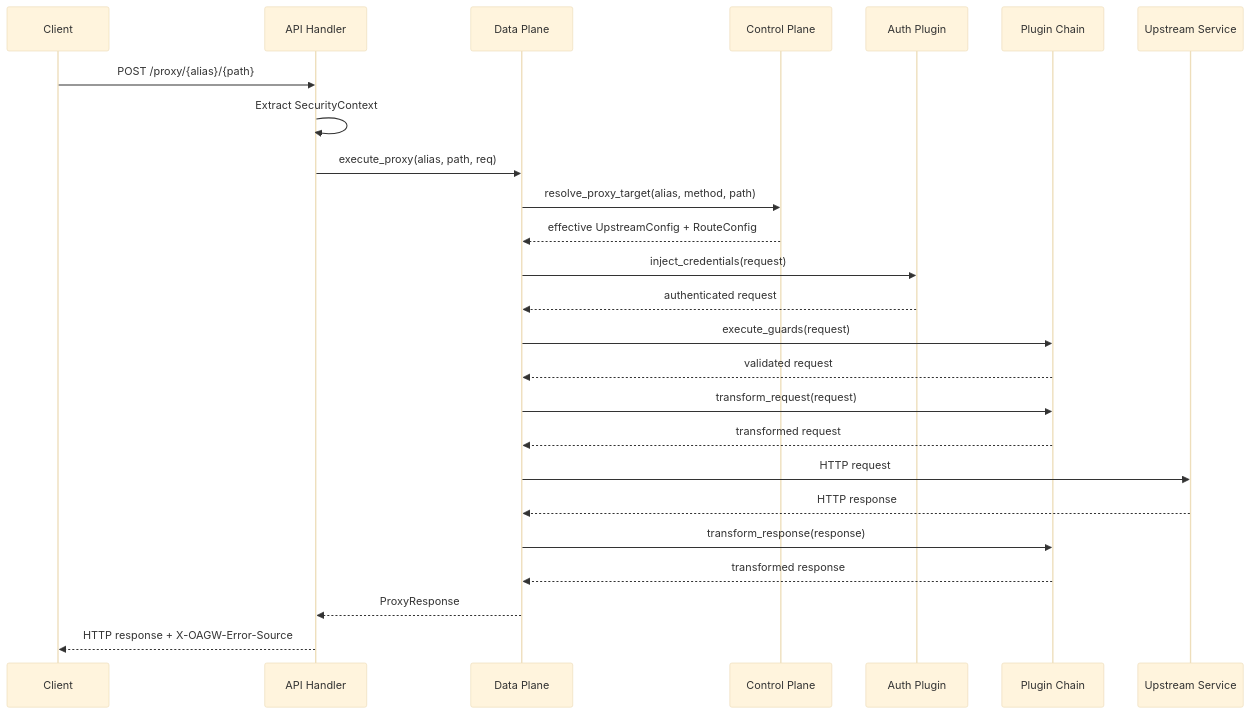
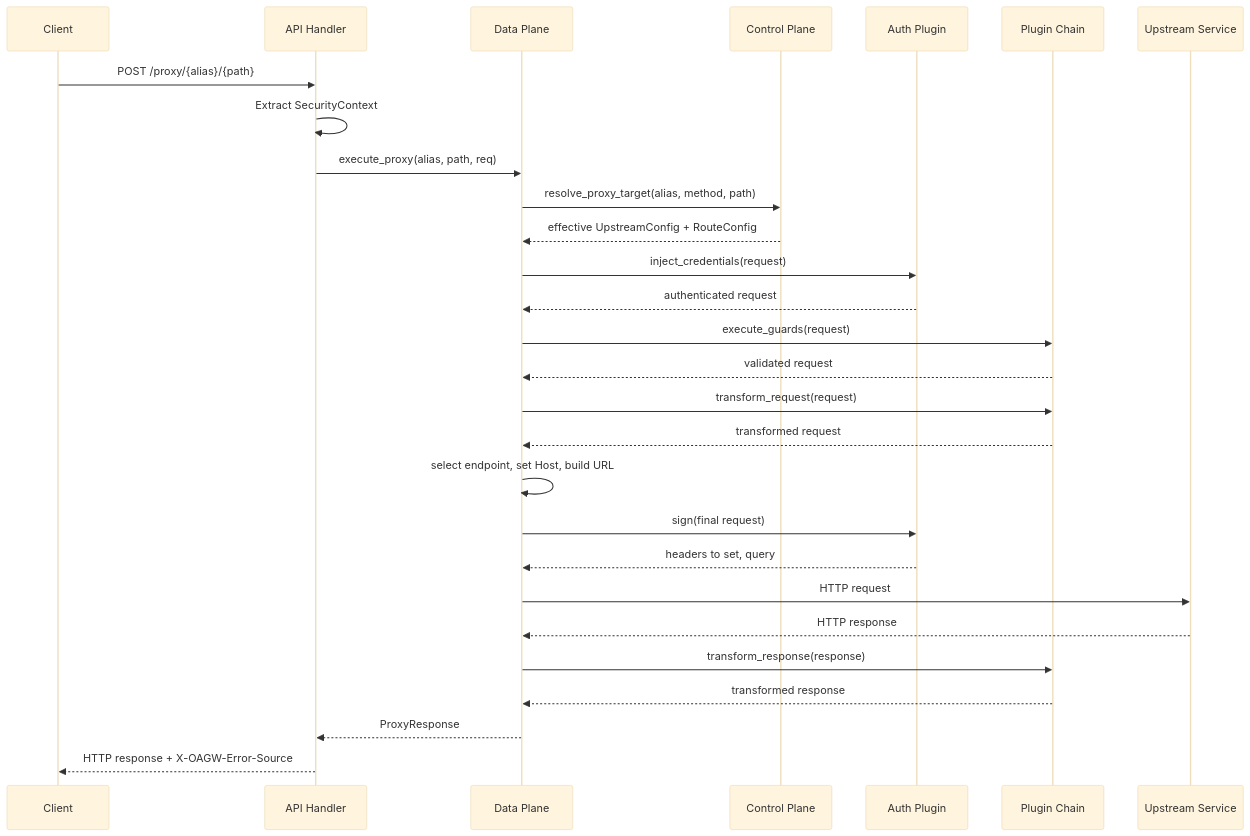
One commit to constructorfabric/gears-rust changed the third of 3 diagrams in gears/system/oagw/docs/DESIGN.md. Above: the diagram before and after it, drawn with Mermaid (base theme). The commit also changed other lines of this file and 19 other files, not shown here.

````diff
--- a/gears/system/oagw/docs/DESIGN.md
+++ b/gears/system/oagw/docs/DESIGN.md
@@ -879,28 +882,31 @@
 ```mermaid
 sequenceDiagram
     participant C as Client
     participant API as API Handler
     participant DP as Data Plane
     participant CP as Control Plane
     participant Auth as Auth Plugin
     participant Chain as Plugin Chain
     participant US as Upstream Service
 
     C->>API: POST /proxy/{alias}/{path}
     API->>API: Extract SecurityContext
     API->>DP: execute_proxy(alias, path, req)
     DP->>CP: resolve_proxy_target(alias, method, path)
     CP-->>DP: effective UpstreamConfig + RouteConfig
     DP->>Auth: inject_credentials(request)
     Auth-->>DP: authenticated request
     DP->>Chain: execute_guards(request)
     Chain-->>DP: validated request
     DP->>Chain: transform_request(request)
     Chain-->>DP: transformed request
+    DP->>DP: select endpoint, set Host, build URL
+    DP->>Auth: sign(final request)
+    Auth-->>DP: headers to set, query
     DP->>US: HTTP request
     US-->>DP: HTTP response
     DP->>Chain: transform_response(response)
     Chain-->>DP: transformed response
     DP-->>API: ProxyResponse
     API-->>C: HTTP response + X-OAGW-Error-Source
 ```
````
